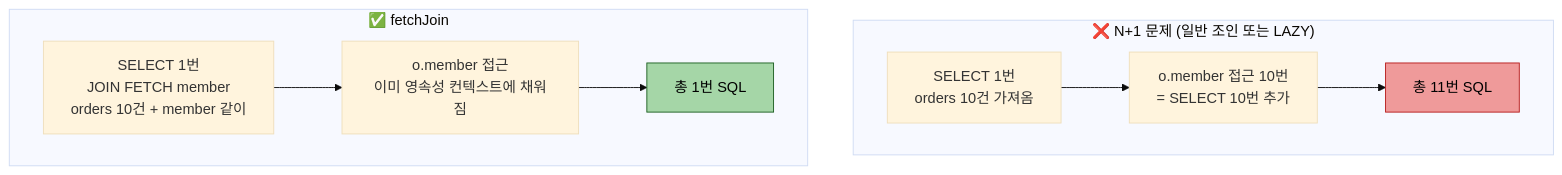
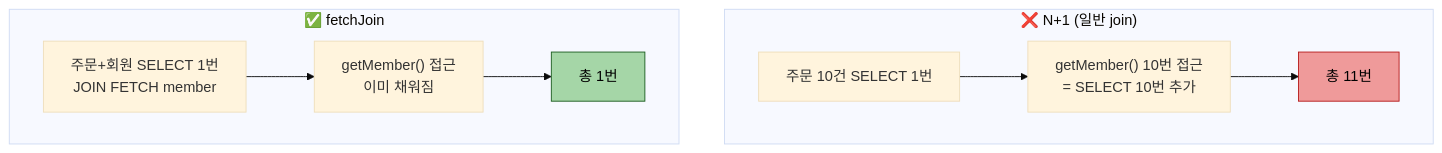
The diagram in write/05_data/querydsl/01-03.기본 문법과 조인.md (scofe97/StduyWrite), drawn with Mermaid (base theme) before and after one commit. The commit also changed other lines of this file, not shown here.

First line of the commit message:
[runners-high] docs: 01-03 조인 설명 확장 및 fetchJoin 절 정리

````diff
--- a/write/05_data/querydsl/01-03.기본 문법과 조인.md
+++ b/write/05_data/querydsl/01-03.기본 문법과 조인.md
@@ -232,18 +286,11 @@
 ```mermaid
 flowchart TB
-    subgraph nplusone["❌ N+1 문제 (일반 조인 또는 LAZY)"]
-        n1["SELECT 1번<br>orders 10건 가져옴"]
-        n2["o.member 접근 10번<br>= SELECT 10번 추가"]
-        n3["총 11번 SQL"]
-        n1 --> n2 --> n3
+    subgraph nplusone["❌ N+1 (일반 join)"]
+        n1["주문 10건 SELECT 1번"] --> n2["getMember() 10번 접근<br>= SELECT 10번 추가"] --> n3["총 11번"]
     end
     subgraph fetchjoin["✅ fetchJoin"]
-        f1["SELECT 1번<br>JOIN FETCH member<br>orders 10건 + member 같이"]
-        f2["o.member 접근<br>이미 영속성 컨텍스트에 채워짐"]
-        f3["총 1번 SQL"]
-        f1 --> f2 --> f3
+        f1["주문+회원 SELECT 1번<br>JOIN FETCH member"] --> f2["getMember() 접근<br>이미 채워짐"] --> f3["총 1번"]
     end
-
     style n3 fill:#EF9A9A,color:#000,stroke:#B71C1C
     style f3 fill:#A5D6A7,color:#000,stroke:#1B5E20
 ```
````
